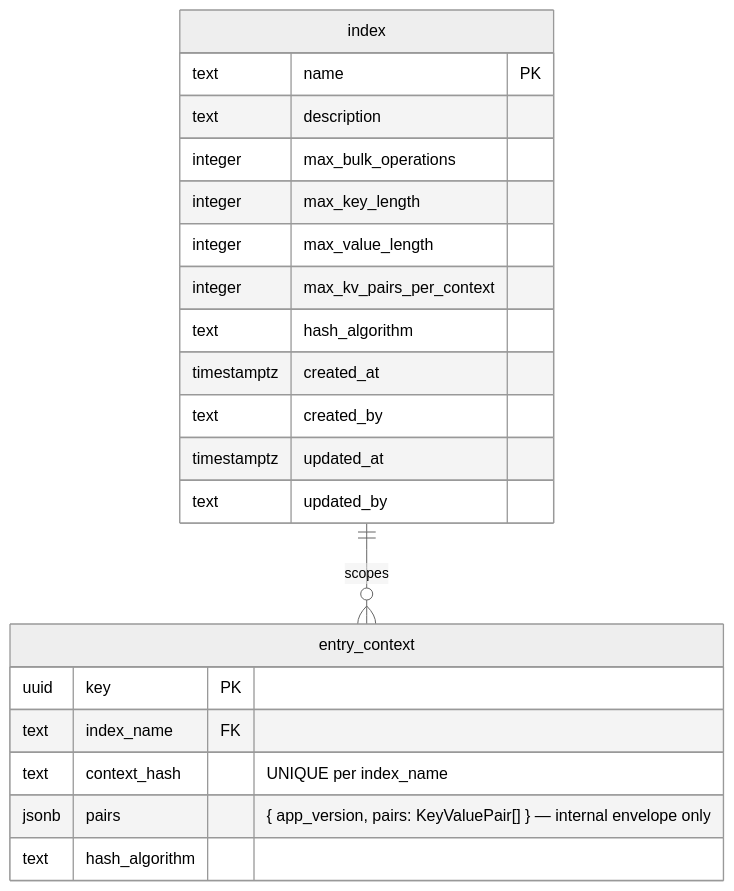
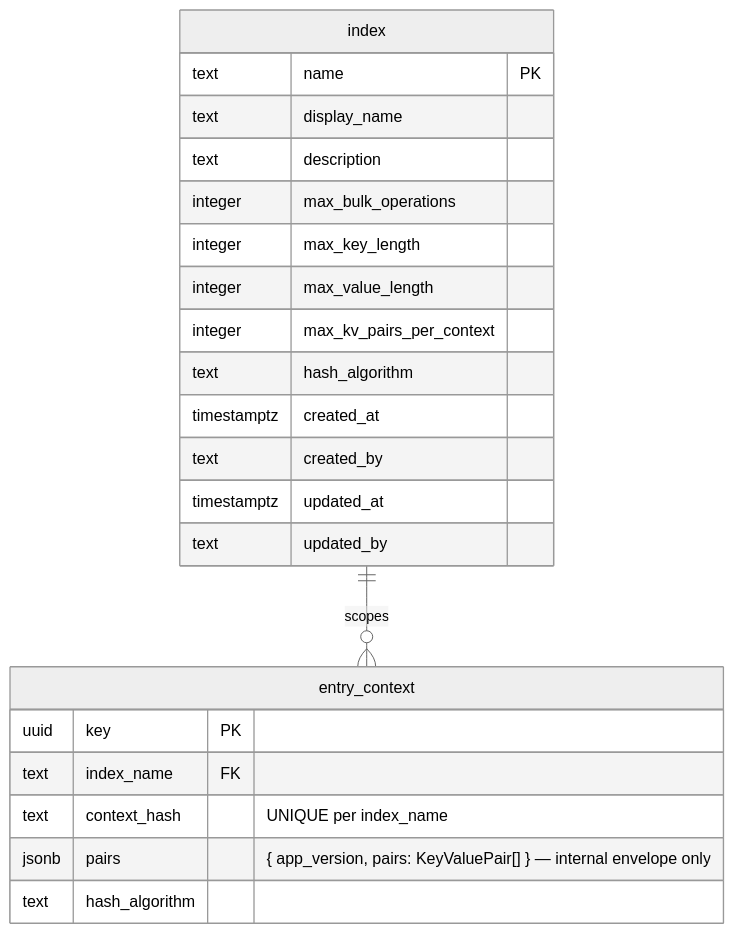
One commit to cperfect/udex changed the diagram in projects/rust/datastore/README.md. Above: the diagram before and after it, drawn with Mermaid (neutral theme). The commit also changed other lines of this file and 4 other files, not shown here.

First line of the commit message:
feat(datastore): add display_name column to index table and update read/write paths (ST0016/WP-02)

````diff
--- a/projects/rust/datastore/README.md
+++ b/projects/rust/datastore/README.md
@@ -70,26 +71,27 @@
 ```mermaid
 erDiagram
     index {
         text name PK
+        text display_name
         text description
         integer max_bulk_operations
         integer max_key_length
         integer max_value_length
         integer max_kv_pairs_per_context
         text hash_algorithm
         timestamptz created_at
         text created_by
         timestamptz updated_at
         text updated_by
     }
 
     entry_context {
         uuid key PK
         text index_name FK
         text context_hash "UNIQUE per index_name"
         jsonb pairs "{ app_version, pairs: KeyValuePair[] } — internal envelope only"
         text hash_algorithm
     }
 
     index ||--o{ entry_context : "scopes"
 ```
````
